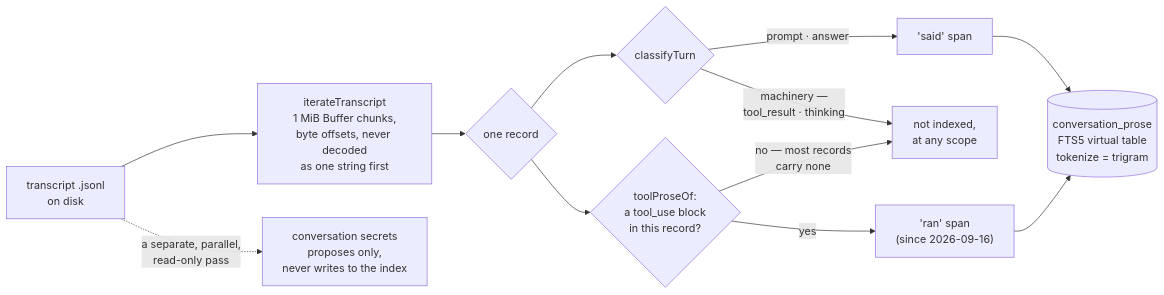
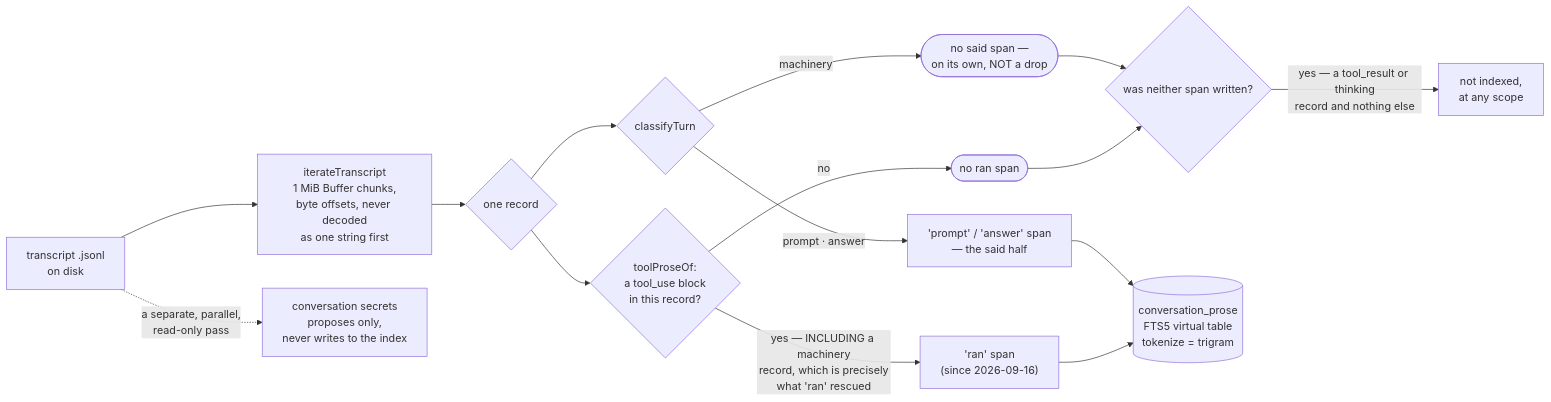
One commit to Dudi-Bar-On/my-context changed the diagram in docs/capabilities/04-conversation-archive.md. Above: the diagram before and after it, drawn with Mermaid. The commit also changed other lines of this file and 35 other files, not shown here.

````diff
--- a/docs/capabilities/04-conversation-archive.md
+++ b/docs/capabilities/04-conversation-archive.md
@@ -107,14 +109,17 @@
 ```mermaid
 flowchart LR
   T["transcript .jsonl<br/>on disk"] --> W["iterateTranscript<br/>1 MiB Buffer chunks,<br/>byte offsets, never decoded<br/>as one string first"]
   W --> REC{"one record"}
   REC --> CL{"classifyTurn"}
-  CL -->|"prompt · answer"| SAID["'said' span"]
-  CL -->|"machinery —<br/>tool_result · thinking"| UN["not indexed,<br/>at any scope"]
+  CL -->|"prompt · answer"| SAID["'prompt' / 'answer' span<br/>— the said half"]
+  CL -->|"machinery"| NOSAID(["no said span —<br/>on its own, NOT a drop"])
   REC --> TP{"toolProseOf:<br/>a tool_use block<br/>in this record?"}
-  TP -->|"yes"| RAN["'ran' span<br/>(since 2026-09-16)"]
-  TP -->|"no — most records<br/>carry none"| UN
+  TP -->|"yes — INCLUDING a machinery<br/>record, which is precisely<br/>what 'ran' rescued"| RAN["'ran' span<br/>(since 2026-09-16)"]
+  TP -->|"no"| NORAN(["no ran span"])
+  NOSAID --> UN{"was neither span written?"}
+  NORAN --> UN
+  UN -->|"yes — a tool_result or thinking<br/>record and nothing else"| DROP["not indexed,<br/>at any scope"]
   SAID --> FTS[("conversation_prose<br/>FTS5 virtual table<br/>tokenize = trigram")]
   RAN --> FTS
   T -.->|"a separate, parallel,<br/>read-only pass"| SEC["conversation secrets<br/>proposes only,<br/>never writes to the index"]
 ```
````
